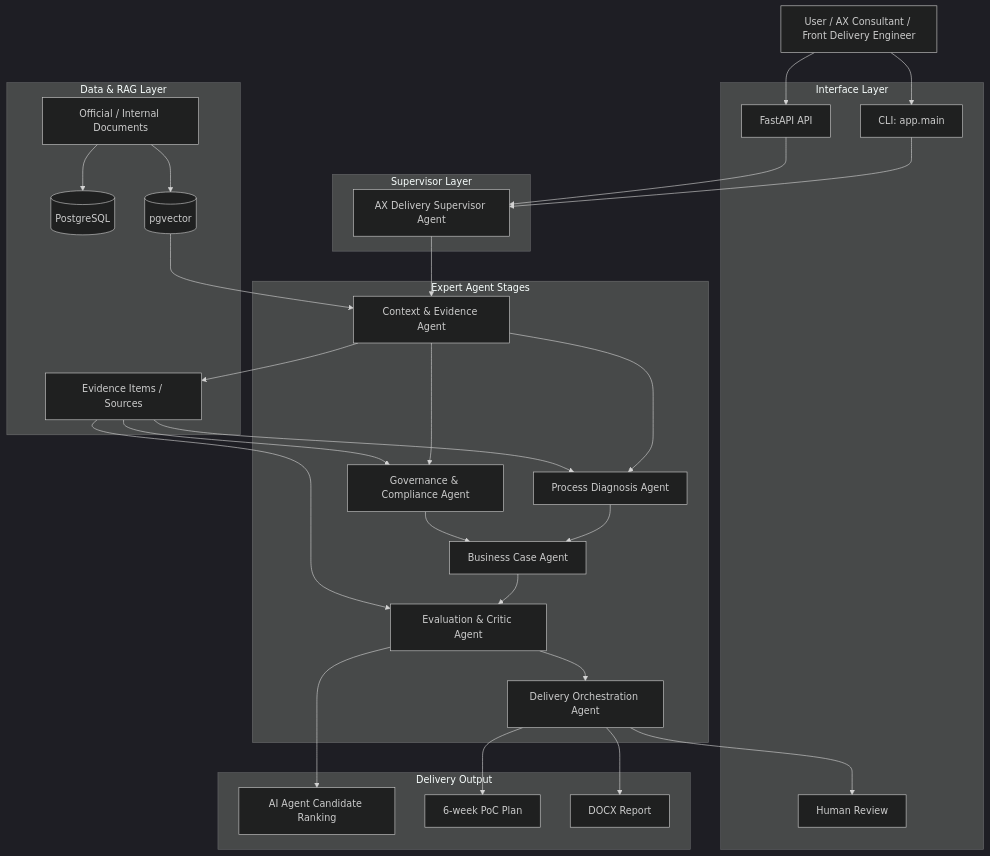
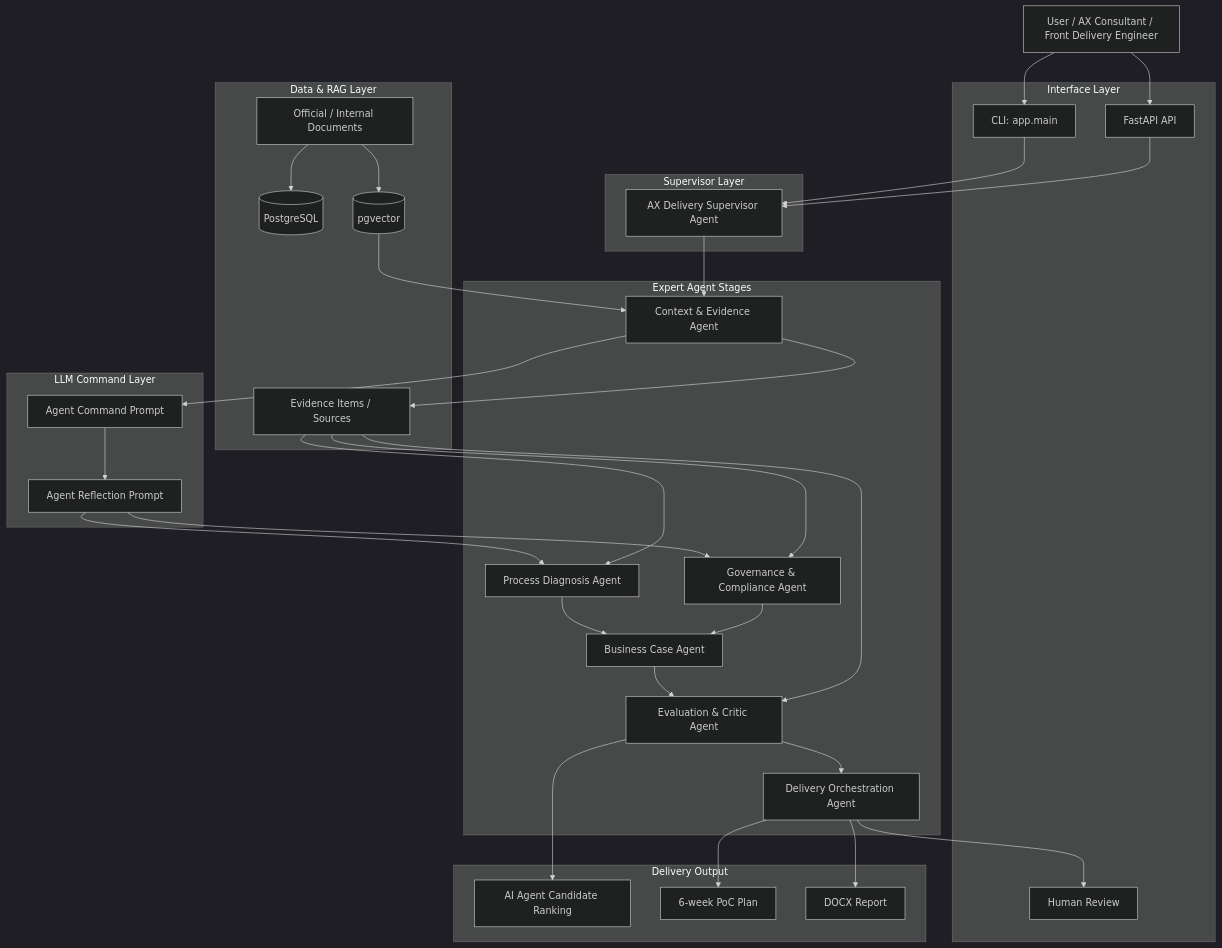
The second of 2 diagrams in README.md (ohjaesik/AI_Agent), drawn with Mermaid (dark theme) before and after one commit. The commit also changed other lines of this file, not shown here.

Commit message:
docs: update README for LLM-driven agent prompts

````diff
--- a/README.md
+++ b/README.md
@@ -285,59 +325,66 @@
 ```mermaid
 flowchart TB
     User[User / AX Consultant / Front Delivery Engineer]
 
     subgraph Interface[Interface Layer]
         CLI[CLI: app.main]
         API[FastAPI API]
         Review[Human Review]
     end
 
     subgraph Supervisor[Supervisor Layer]
         Sup[AX Delivery Supervisor Agent]
     end
 
     subgraph Agents[Expert Agent Stages]
         C[Context & Evidence Agent]
         P[Process Diagnosis Agent]
         G[Governance & Compliance Agent]
         B[Business Case Agent]
         E[Evaluation & Critic Agent]
         D[Delivery Orchestration Agent]
     end
 
+    subgraph LLM[LLM Command Layer]
+        Cmd[Agent Command Prompt]
+        Ref[Agent Reflection Prompt]
+    end
+
     subgraph Data[Data & RAG Layer]
         PG[(PostgreSQL)]
         Vec[(pgvector)]
         Docs[Official / Internal Documents]
         Evidence[Evidence Items / Sources]
     end
 
     subgraph Output[Delivery Output]
         Ranking[AI Agent Candidate Ranking]
         PoC[6-week PoC Plan]
         Report[DOCX Report]
     end
 
     User --> CLI
     User --> API
     CLI --> Sup
     API --> Sup
     Sup --> C
-    C --> P
-    C --> G
+    C --> Cmd
+    Cmd --> Ref
+    Ref --> P
+    Ref --> G
     P --> B
     G --> B
     B --> E
     E --> D
     D --> Review
     D --> PoC
     D --> Report
     Docs --> PG
     Docs --> Vec
     Vec --> C
     C --> Evidence
     Evidence --> P
     Evidence --> G
     Evidence --> E
     E --> Ranking
 ```
````
